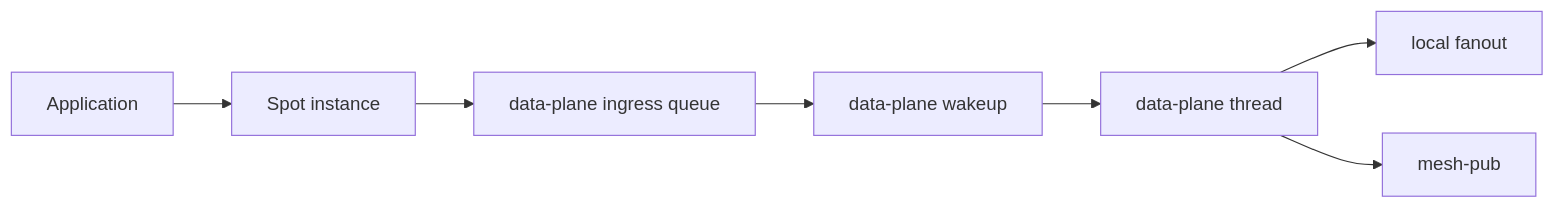
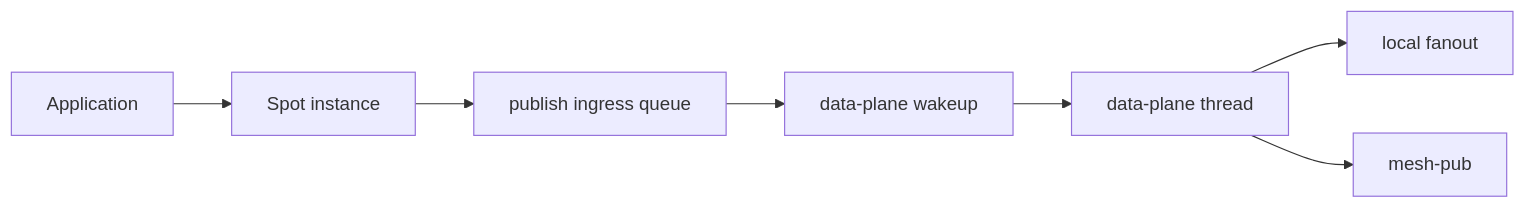
One commit to kairos-code-dev/zlink changed the sixth of 12 diagrams in doc/spec/draft/spot-publish-data-plane-ingress.ko.md. Above: the diagram before and after it, drawn with Mermaid. The commit also changed other lines of this file, not shown here.

Commit message:
docs: finalize spot data-plane ingress draft

````diff
--- a/doc/spec/draft/spot-publish-data-plane-ingress.ko.md
+++ b/doc/spec/draft/spot-publish-data-plane-ingress.ko.md
@@ -220,17 +346,17 @@
 ```mermaid
 flowchart LR
   App["Application"]
   Spot["Spot instance"]
-  Queue["data-plane ingress queue"]
+  Queue["publish ingress queue"]
   Wake["data-plane wakeup"]
   DP["data-plane thread"]
   Local["local fanout"]
   Mesh["mesh-pub"]
 
   App --> Spot
   Spot --> Queue
   Queue --> Wake
   Wake --> DP
   DP --> Local
   DP --> Mesh
 ```
````
